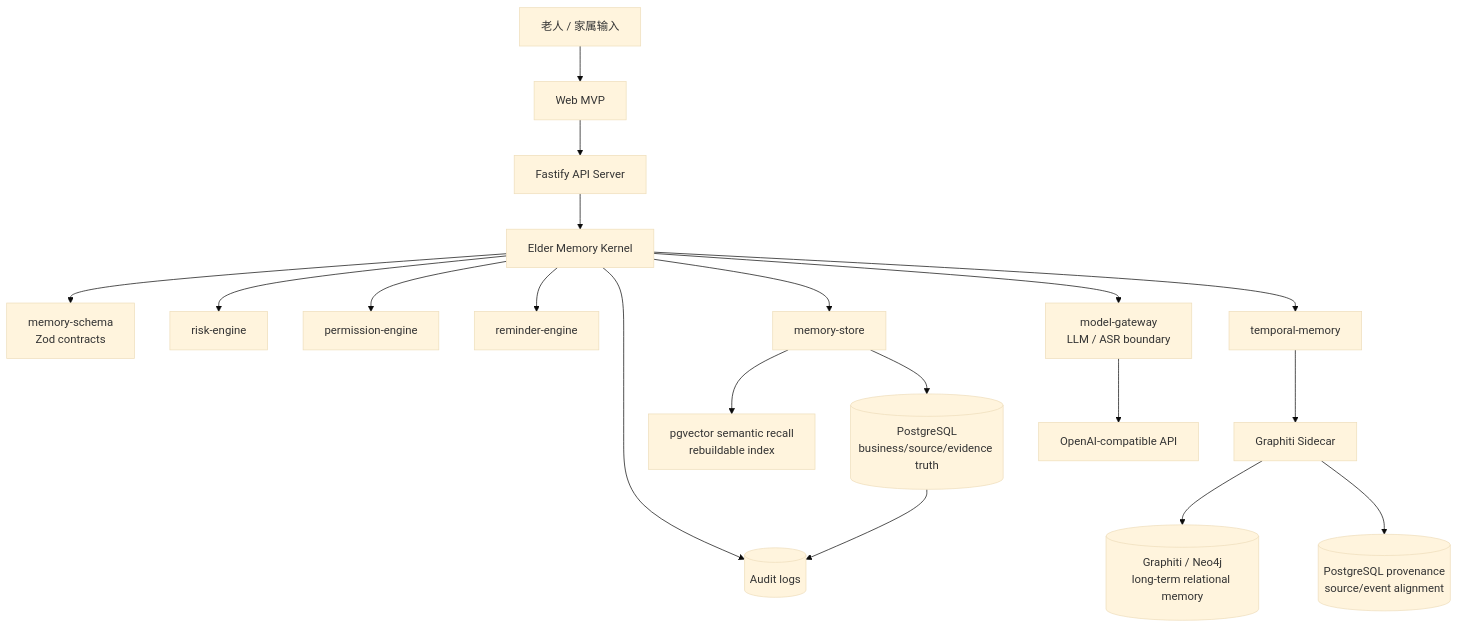
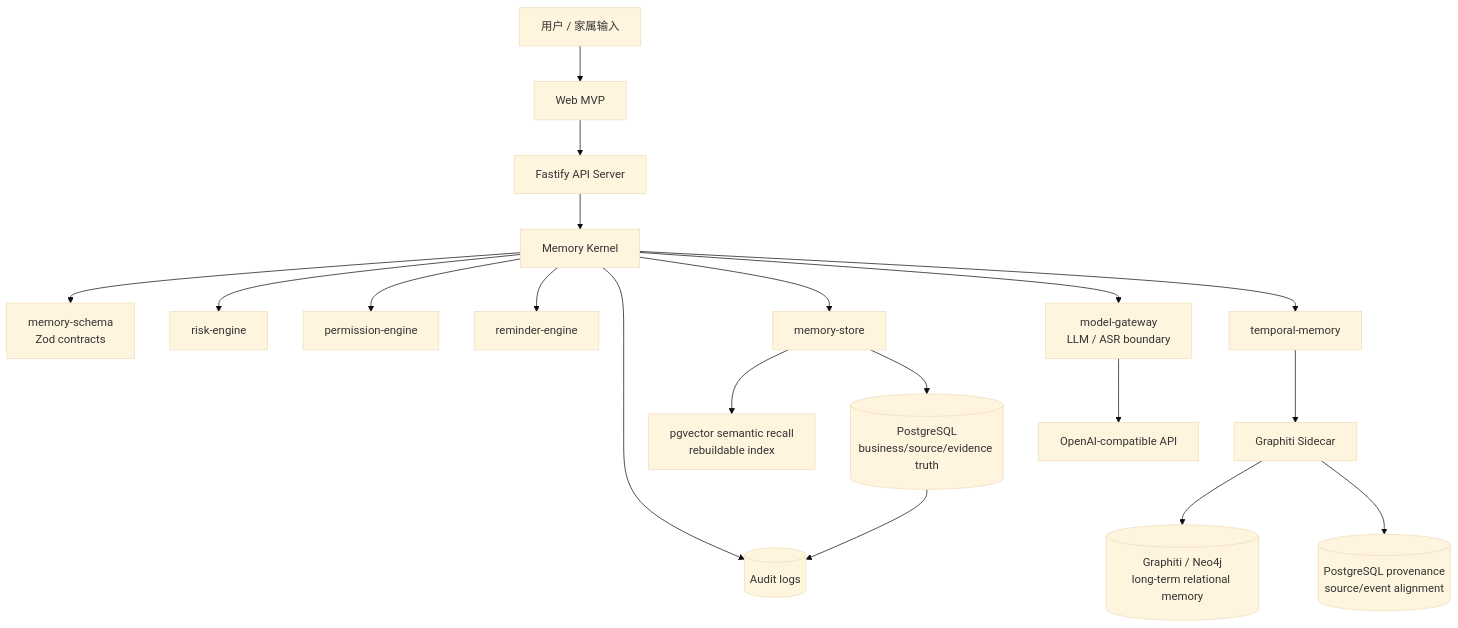
One commit to archpeng/goldmem changed the first of 5 diagrams in docs/current-capabilities-and-architecture.md. Above: the diagram before and after it, drawn with Mermaid (base theme). The commit also changed other lines of this file and 140 other files, not shown here.

````diff
--- a/docs/current-capabilities-and-architecture.md
+++ b/docs/current-capabilities-and-architecture.md
@@ -38,26 +38,26 @@
 ```mermaid
 flowchart TB
-  Elder[老人 / 家属输入] --> Web[Web MVP]
+  Elder[用户 / 家属输入] --> Web[Web MVP]
   Web --> API[Fastify API Server]
-  API --> Kernel[Elder Memory Kernel]
+  API --> Kernel[Memory Kernel]
 
   Kernel --> Schema[memory-schema<br/>Zod contracts]
   Kernel --> Risk[risk-engine]
   Kernel --> Permission[permission-engine]
   Kernel --> Reminder[reminder-engine]
 
   Kernel --> Store[memory-store]
   Store --> PG[(PostgreSQL<br/>business/source/evidence truth)]
   Store --> Semantic[pgvector semantic recall<br/>rebuildable index]
 
   Kernel --> Temporal[temporal-memory]
   Temporal --> Sidecar[Graphiti Sidecar]
   Sidecar --> Graphiti[(Graphiti / Neo4j<br/>long-term relational memory)]
   Sidecar --> PGProv[(PostgreSQL provenance<br/>source/event alignment)]
 
   Kernel --> Model[model-gateway<br/>LLM / ASR boundary]
   Model --> LLM[OpenAI-compatible API]
 
   Kernel --> Audit[(Audit logs)]
   PG --> Audit
 ```
````
